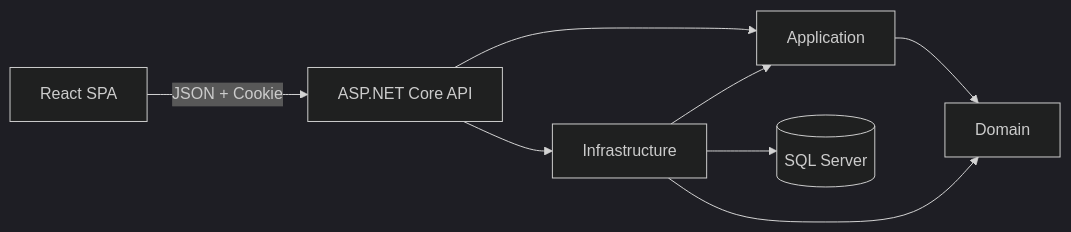
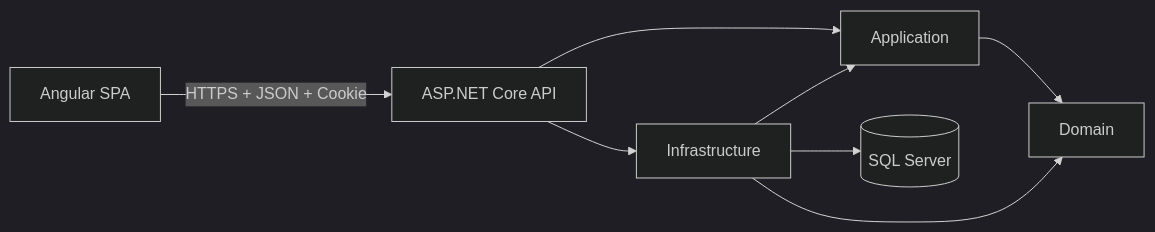
One commit to jefferRB/PersonalOS changed the first of 2 diagrams in docs/02_ARCHITECTURE.md. Above: the diagram before and after it, drawn with Mermaid (dark theme). The commit also changed other lines of this file and 102 other files, not shown here.

````diff
--- a/docs/02_ARCHITECTURE.md
+++ b/docs/02_ARCHITECTURE.md
@@ -20,10 +21,10 @@
 ```mermaid
 flowchart LR
-    WEB[React SPA] -->|JSON + Cookie| API[ASP.NET Core API]
+    WEB[Angular SPA] -->|HTTPS + JSON + Cookie| API[ASP.NET Core API]
     API --> APP[Application]
     API --> INFRA[Infrastructure]
     APP --> DOMAIN[Domain]
     INFRA --> APP
     INFRA --> DOMAIN
     INFRA --> DB[(SQL Server)]
 ```
````
